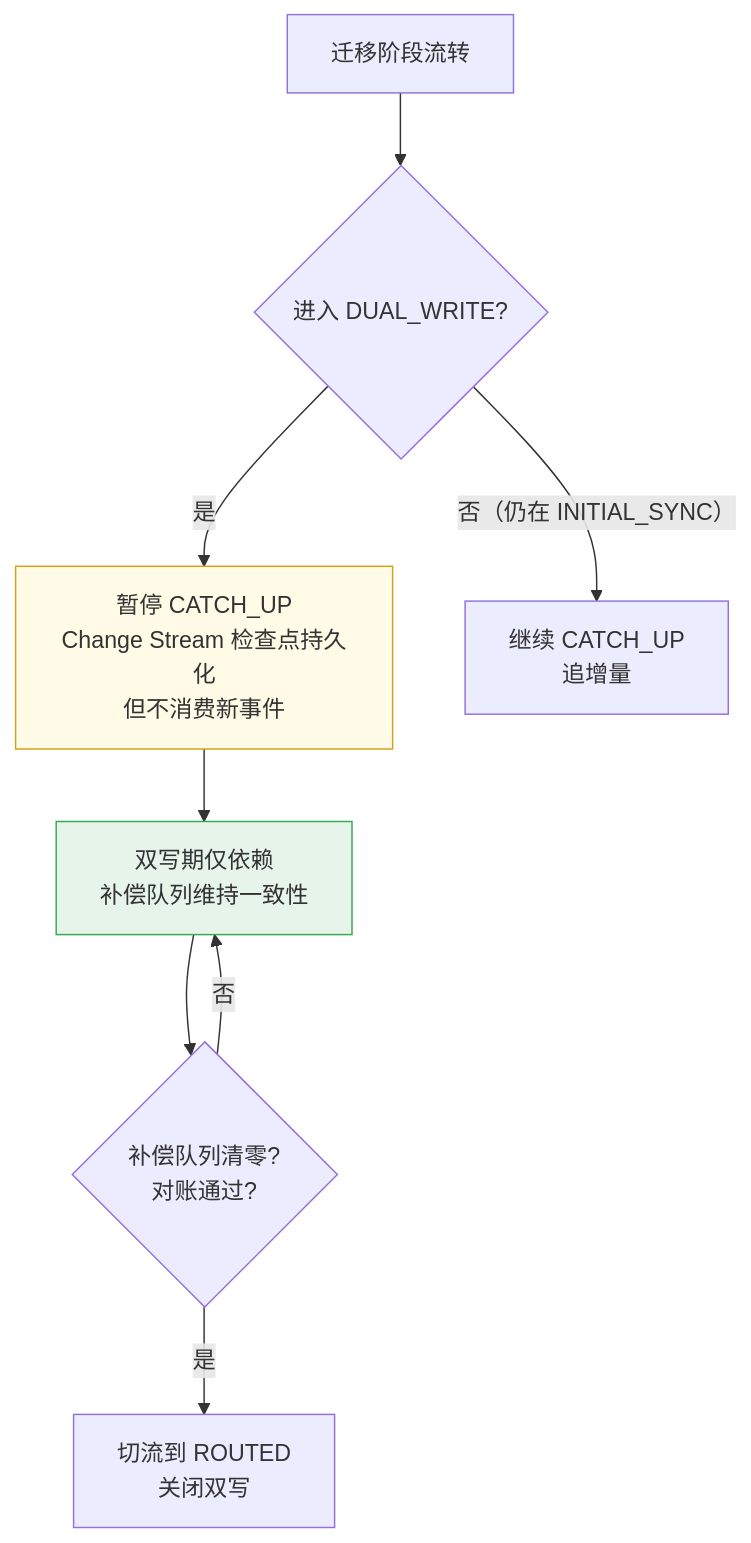
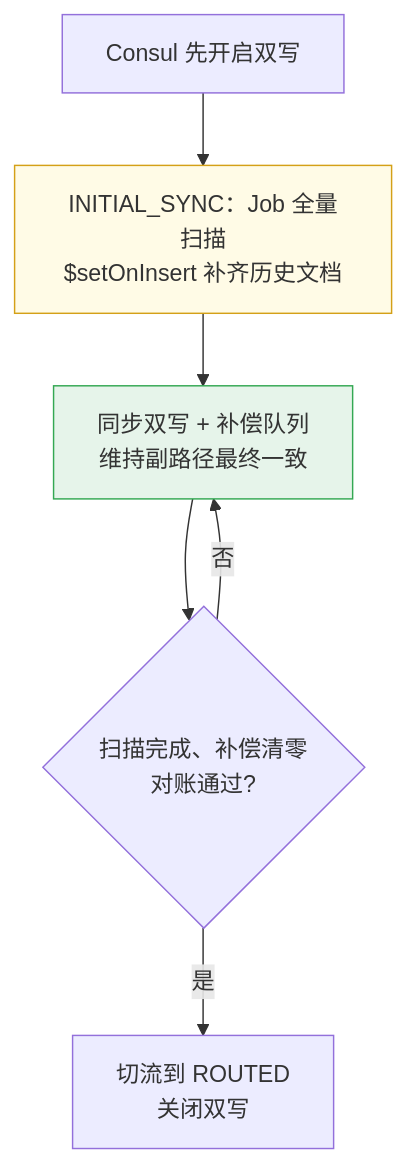
Before and after one commit to TencentBlueKing/bk-repo: diagram 16 of 20 in docs/specification/mongodb-node-sharding-pattern2-node.md, drawn with Mermaid. The commit also changed other lines of this file and 7 other files, not shown here.

````diff
--- a/docs/specification/mongodb-node-sharding-pattern2-node.md
+++ b/docs/specification/mongodb-node-sharding-pattern2-node.md
@@ -1939,14 +1905,11 @@
 ```mermaid
 flowchart TD
-    A["迁移阶段流转"] --> B{"进入 DUAL_WRITE?"}
-    B -- "是" --> C["暂停 CATCH_UP\nChange Stream 检查点持久化\n但不消费新事件"]
-    C --> D["双写期仅依赖\n补偿队列维持一致性"]
-    D --> E{"补偿队列清零?\n对账通过?"}
-    E -- "是" --> F["切流到 ROUTED\n关闭双写"]
-    E -- "否" --> D
-    
-    B -- "否（仍在 INITIAL_SYNC）" --> G["继续 CATCH_UP\n追增量"]
-    
-    style C fill:#fffbe6,stroke:#d4a017
-    style D fill:#e6f4ea,stroke:#34a853
+    A["Consul 先开启双写"] --> B["INITIAL_SYNC：Job 全量扫描\n$setOnInsert 补齐历史文档"]
+    B --> C["同步双写 + 补偿队列\n维持副路径最终一致"]
+    C --> D{"扫描完成、补偿清零\n对账通过?"}
+    D -- "是" --> E["切流到 ROUTED\n关闭双写"]
+    D -- "否" --> C
+
+    style B fill:#fffbe6,stroke:#d4a017
+    style C fill:#e6f4ea,stroke:#34a853
 ```
````
